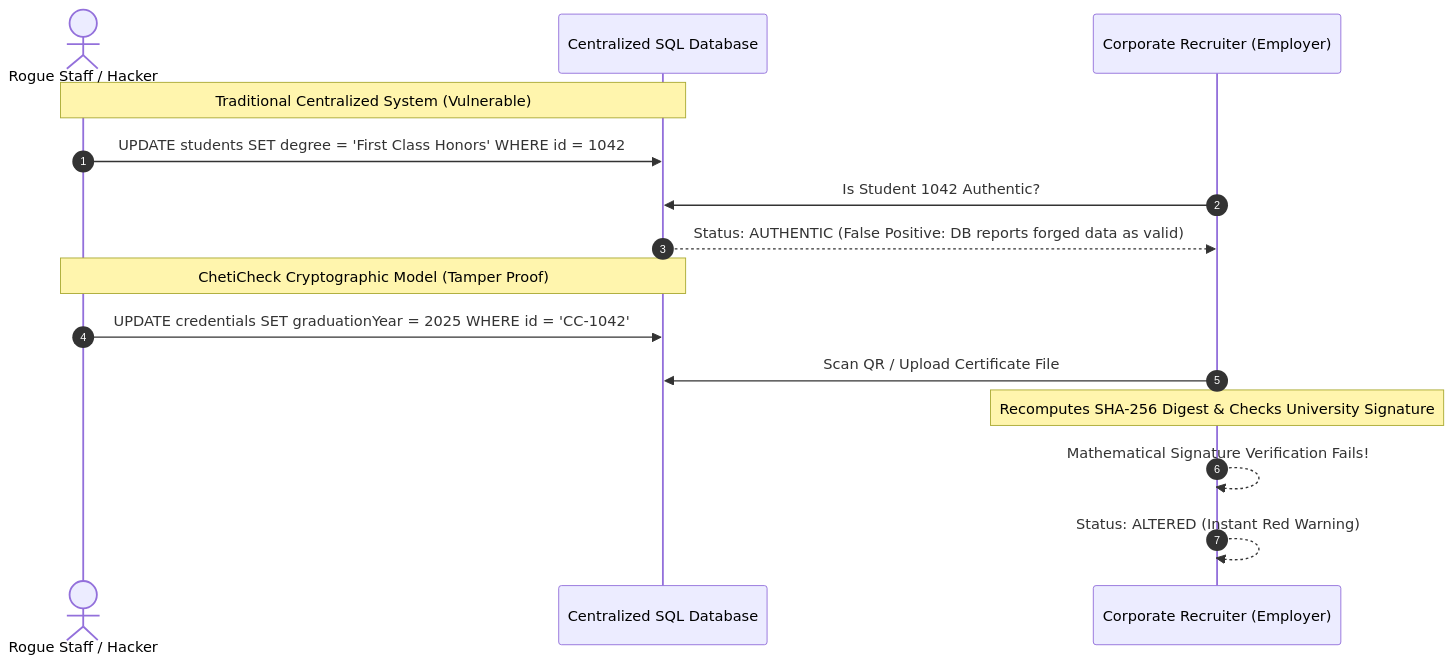
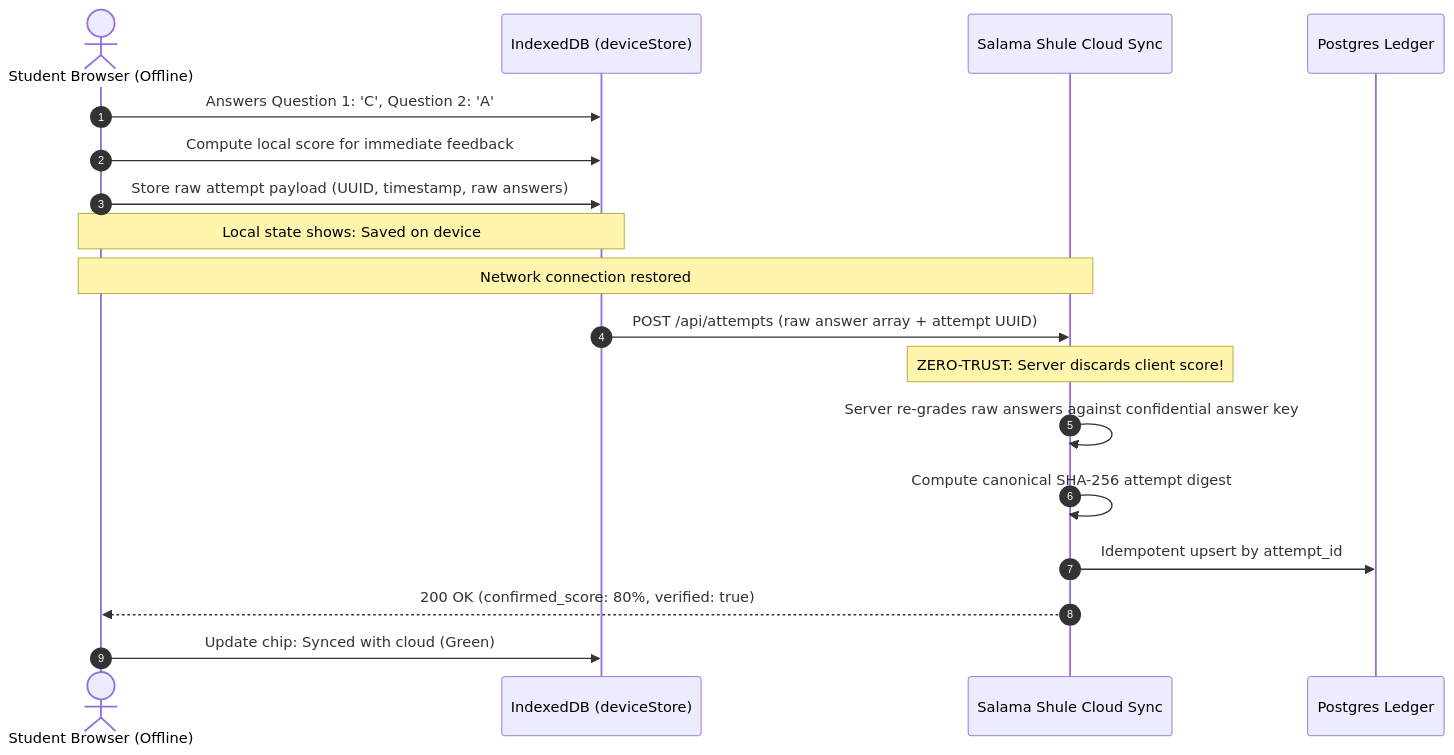
The second of 2 diagrams in WIKI.md (DavidMarkNjogu/salama-shule), drawn with Mermaid before and after one commit. The commit also changed other lines of this file and 10 other files, not shown here.

Commit message:
feat(wiki): establish dedicated Salama Shule knowledge base, redesign UI, embed offline queue sandbox

````diff
--- a/WIKI.md
+++ b/WIKI.md
@@ -76,19 +83,22 @@
 ```mermaid
 sequenceDiagram
     autonumber
-    actor Attacker as Rogue Staff / Hacker
-    participant DB as Centralized SQL Database
-    participant Verifier as Corporate Recruiter (Employer)
-    
-    Note over Attacker,DB: Traditional Centralized System (Vulnerable)
-    Attacker->>DB: UPDATE students SET degree = 'First Class Honors' WHERE id = 1042;
-    Verifier->>DB: Is Student 1042 Authentic?
-    DB-->>Verifier: Status: AUTHENTIC (False Positive: DB reports forged data as valid)
-    
-    Note over Attacker,DB: ChetiCheck Cryptographic Model (Tamper Proof)
-    Attacker->>DB: UPDATE credentials SET graduationYear = 2025 WHERE id = 'CC-1042';
-    Verifier->>DB: Scan QR / Upload Certificate File
-    Note over Verifier: Recomputes SHA-256 Digest & Checks University Signature
-    Verifier-->>Verifier: Mathematical Signature Verification Fails!
-    Verifier-->>Verifier: Status: ALTERED (Instant Red Warning)
+    actor Student as Student Browser (Offline)
+    participant LocalDB as IndexedDB (deviceStore)
+    participant API as Salama Shule Cloud Sync
+    participant DB as Postgres Ledger
+
+    Student->>LocalDB: Answers Question 1: 'C', Question 2: 'A'
+    Student->>LocalDB: Compute local score for immediate feedback
+    Student->>LocalDB: Store raw attempt payload (UUID, timestamp, raw answers)
+    Note over Student,LocalDB: Local state shows: Saved on device
+
+    Note over Student,API: Network connection restored
+    LocalDB->>API: POST /api/attempts (raw answer array + attempt UUID)
+    Note over API: ZERO-TRUST: Server discards client score!
+    API->>API: Server re-grades raw answers against confidential answer key
+    API->>API: Compute canonical SHA-256 attempt digest
+    API->>DB: Idempotent upsert by attempt_id
+    API-->>Student: 200 OK (confirmed_score: 80%, verified: true)
+    Student->>LocalDB: Update chip: Synced with cloud (Green)
 ```
````
